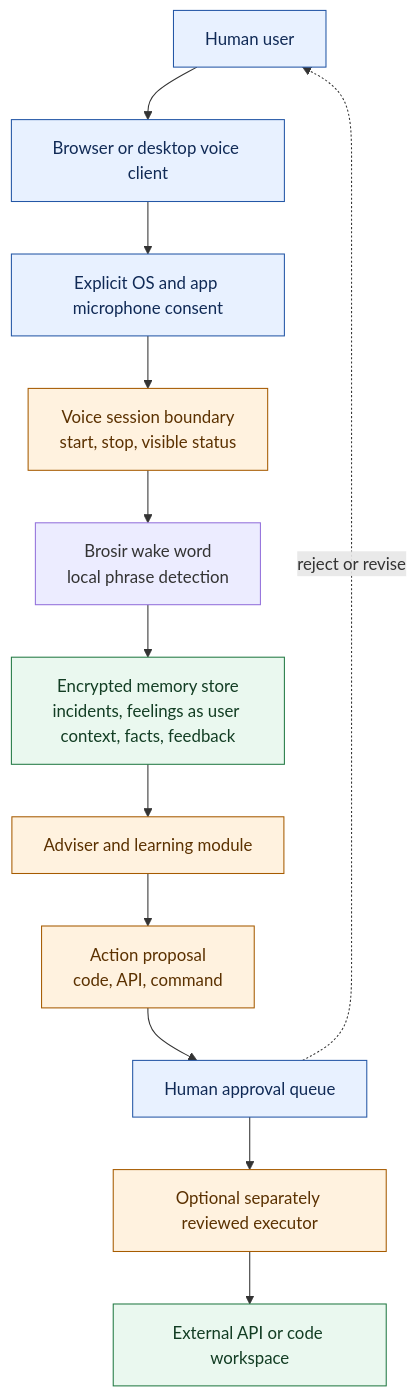
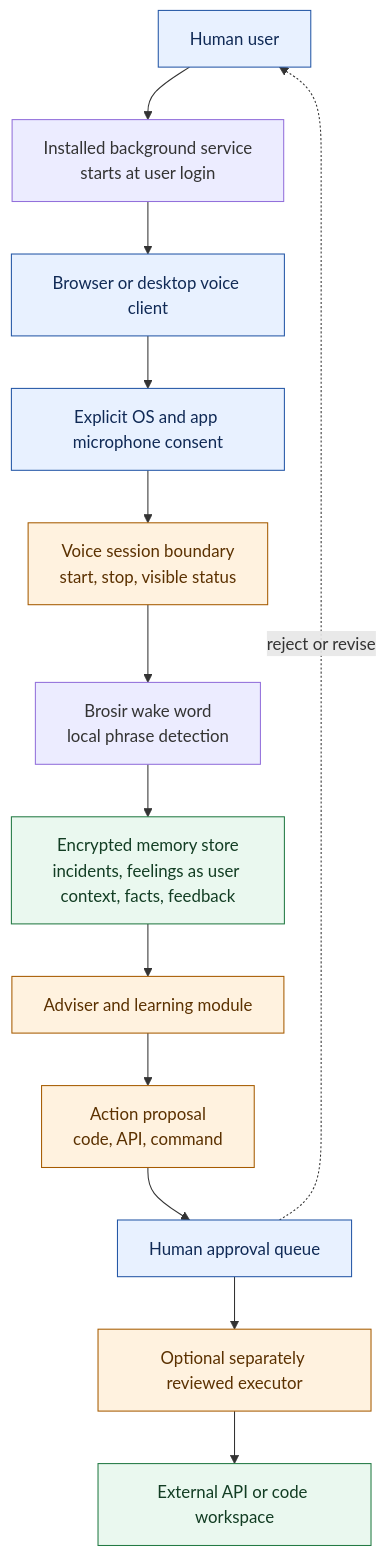
The diagram in docs/architecture.md (Somasundaram004/human-advisor-ai), drawn with Mermaid before and after one commit. The commit also changed other lines of this file and 5 other files, not shown here.

````diff
--- a/docs/architecture.md
+++ b/docs/architecture.md
@@ -3,26 +3,27 @@
 ```mermaid
 flowchart TB
     human[Human user]
+    service[Installed background service<br/>starts at user login]
     client[Browser or desktop voice client]
     consent[Explicit OS and app microphone consent]
     voice[Voice session boundary<br/>start, stop, visible status]
     wake[Brosir wake word<br/>local phrase detection]
     memory[Encrypted memory store<br/>incidents, feelings as user context, facts, feedback]
     adviser[Adviser and learning module]
     proposal[Action proposal<br/>code, API, command]
     approval[Human approval queue]
     executor[Optional separately reviewed executor]
     api[External API or code workspace]
 
-    human --> client --> consent --> voice --> wake
+    human --> service --> client --> consent --> voice --> wake
     wake --> memory --> adviser
     adviser --> proposal --> approval --> executor --> api
     approval -. reject or revise .-> human
 
     classDef human fill:#e8f1ff,stroke:#2457a6,color:#102a56
     classDef control fill:#fff2df,stroke:#a65b00,color:#5b3100
     classDef data fill:#eaf8ef,stroke:#237a44,color:#123d23
     class human,client,consent,approval human
     class voice,adviser,proposal,executor control
     class memory,api data
 ```
````
